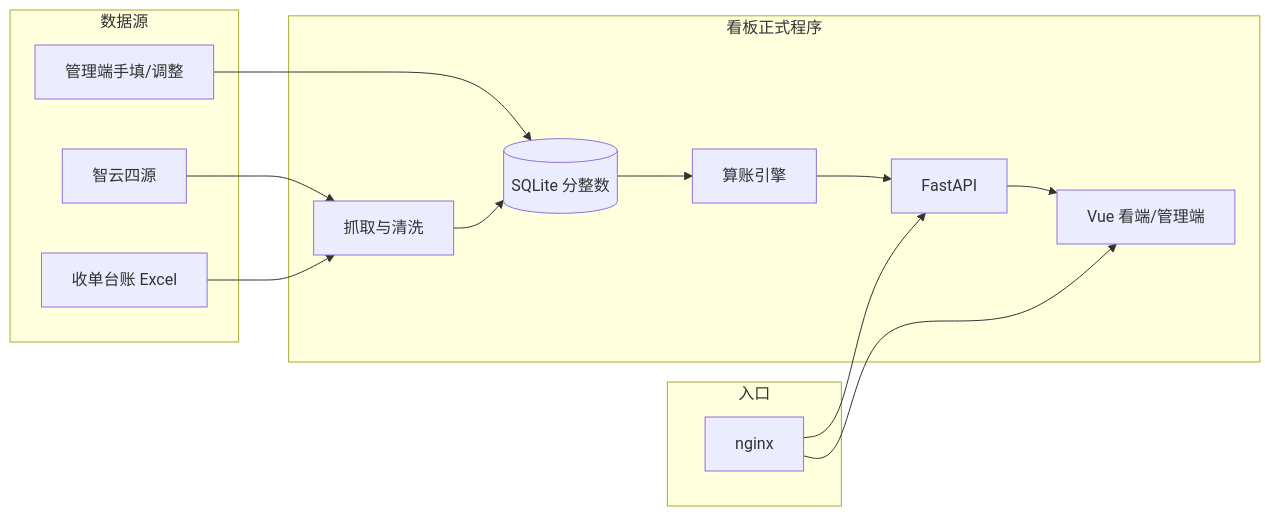
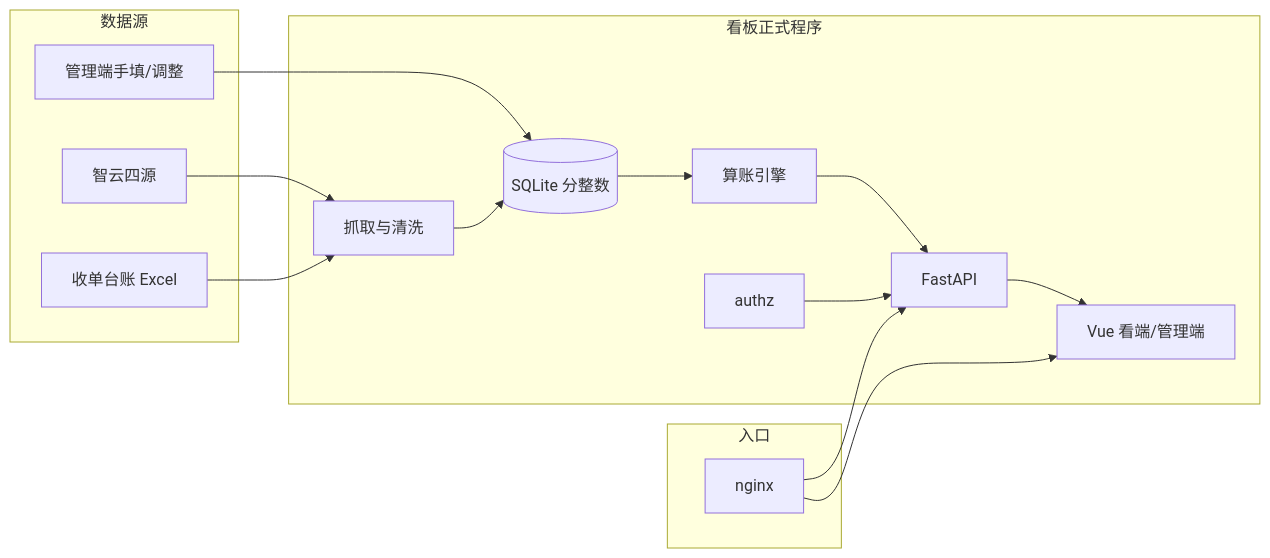
Before and after one commit to EvanLee2004/BI: the diagram in README.md, drawn with Mermaid. The commit also changed other lines of this file and 24 other files, not shown here.

First line of the commit message:
docs: perfect README + 3.7.19 architecture/auth diagrams

````diff
--- a/README.md
+++ b/README.md
@@ -221,27 +323,29 @@
 ```mermaid
 flowchart LR
   subgraph sources [数据源]
     ZY[智云四源]
     LD[收单台账 Excel]
     MF[管理端手填/调整]
   end
   subgraph app [看板正式程序]
     IN[抓取与清洗]
     DB[(SQLite 分整数)]
     ENG[算账引擎]
+    AZ[authz]
     API[FastAPI]
     VU[Vue 看端/管理端]
   end
   subgraph edge [入口]
     NGX[nginx]
   end
   ZY --> IN
   LD --> IN
   MF --> DB
   IN --> DB
   DB --> ENG
   ENG --> API
+  AZ --> API
   API --> VU
   NGX --> VU
   NGX --> API
 ```
````
